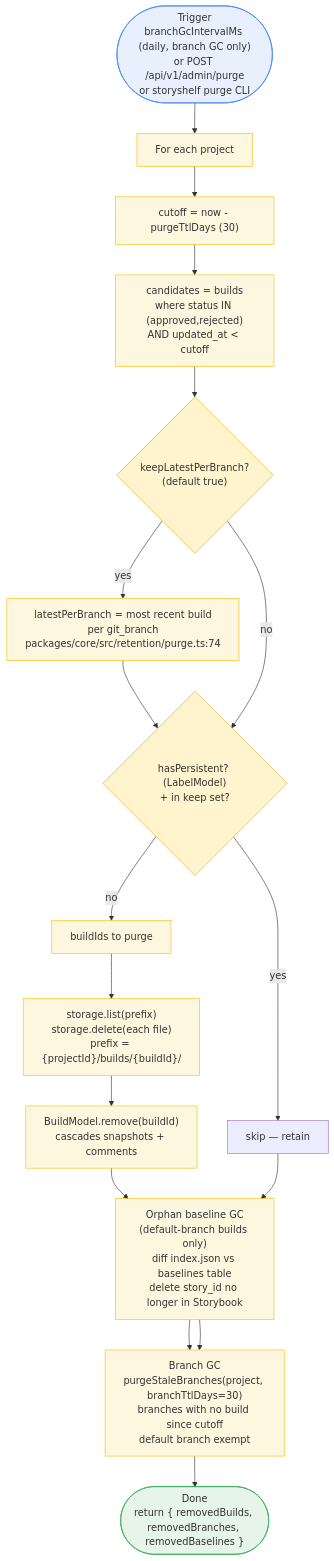
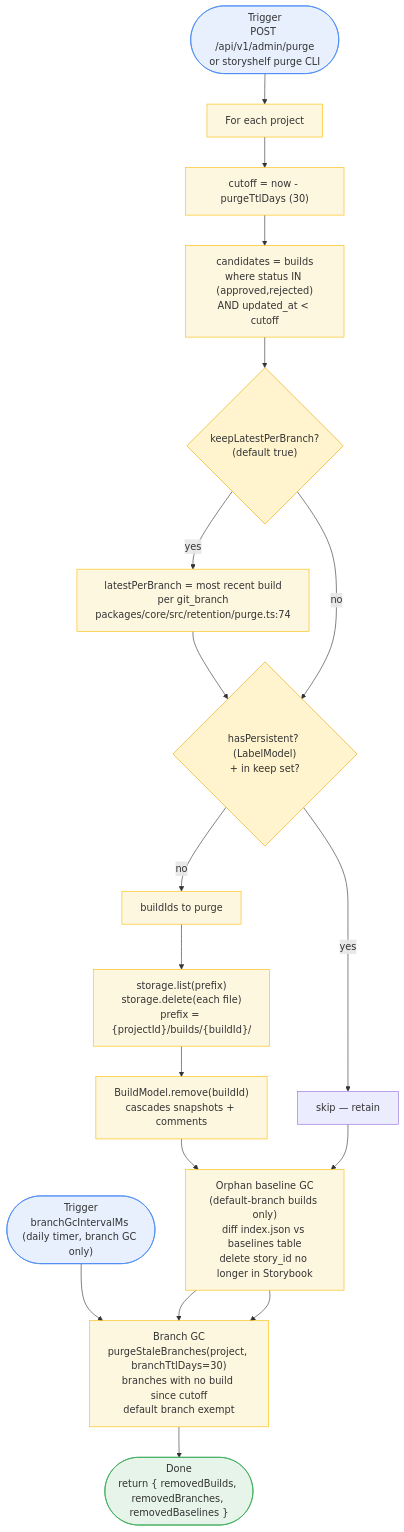
Before and after one commit to GuptaSiddhant/StoryShelf: diagram 12 of 18 in docs/architecture-diagrams.md, drawn with Mermaid. The commit also changed 2 other files, not shown here.

Commit message:
docs(412): name the capture job's condition and split the retention diagram's triggers
Claude-Session: https://claude.ai/code/session_01DPByD5csByZSfPqfAWpAyq

````diff
--- a/docs/architecture-diagrams.md
+++ b/docs/architecture-diagrams.md
@@ -685,34 +685,36 @@
 ```mermaid
 flowchart TB
-    startP(["Trigger<br/>branchGcIntervalMs (daily, branch GC only)<br/>or POST /api/v1/admin/purge<br/>or storyshelf purge CLI"])
+    dailyP(["Trigger<br/>branchGcIntervalMs (daily timer, branch GC only)"])
+    startP(["Trigger<br/>POST /api/v1/admin/purge<br/>or storyshelf purge CLI"])
     loadProjects["For each project"]
     cutoff["cutoff = now - purgeTtlDays (30)"]
     candidates["candidates = builds<br/>where status IN (approved,rejected)<br/>AND updated_at < cutoff"]
     keepLatest{"keepLatestPerBranch?<br/>(default true)"}
     latest["latestPerBranch = most recent build<br/>per git_branch<br/>packages/core/src/retention/purge.ts:74"]
     checkPersistent{"hasPersistent? (LabelModel)<br/>+ in keep set?"}
     skip["skip — retain"]
     toPurge["buildIds to purge"]
     delFiles["storage.list(prefix)<br/>storage.delete(each file)<br/>prefix = {projectId}/builds/{buildId}/"]
     delRows["BuildModel.remove(buildId)<br/>cascades snapshots + comments"]
     orphanGC["Orphan baseline GC<br/>(default-branch builds only)<br/>diff index.json vs baselines table<br/>delete story_id no longer in Storybook"]
     branchGC["Branch GC<br/>purgeStaleBranches(project, branchTtlDays=30)<br/>branches with no build since cutoff<br/>default branch exempt"]
     done(["Done<br/>return { removedBuilds, removedBranches, removedBaselines }"])
 
+    dailyP --> branchGC
     startP --> loadProjects --> cutoff --> candidates --> keepLatest
     keepLatest -- yes --> latest --> checkPersistent
     keepLatest -- no --> checkPersistent
     checkPersistent -- yes --> skip
     checkPersistent -- no --> toPurge --> delFiles --> delRows --> orphanGC --> branchGC --> done
     skip --> orphanGC
     orphanGC --> branchGC
 
     classDef trigger fill:#e8f0fe,stroke:#4285f4;
     classDef decision fill:#fff4ce,stroke:#e6a800;
     classDef action fill:#fef7e0,stroke:#fbbc04;
     classDef done2 fill:#e6f4ea,stroke:#34a853;
-    class startP trigger;
+    class dailyP,startP trigger;
     class keepLatest,checkPersistent decision;
     class loadProjects,cutoff,candidates,latest,toPurge,delFiles,delRows,orphanGC,branchGC action;
     class done done2;
 ```
````
